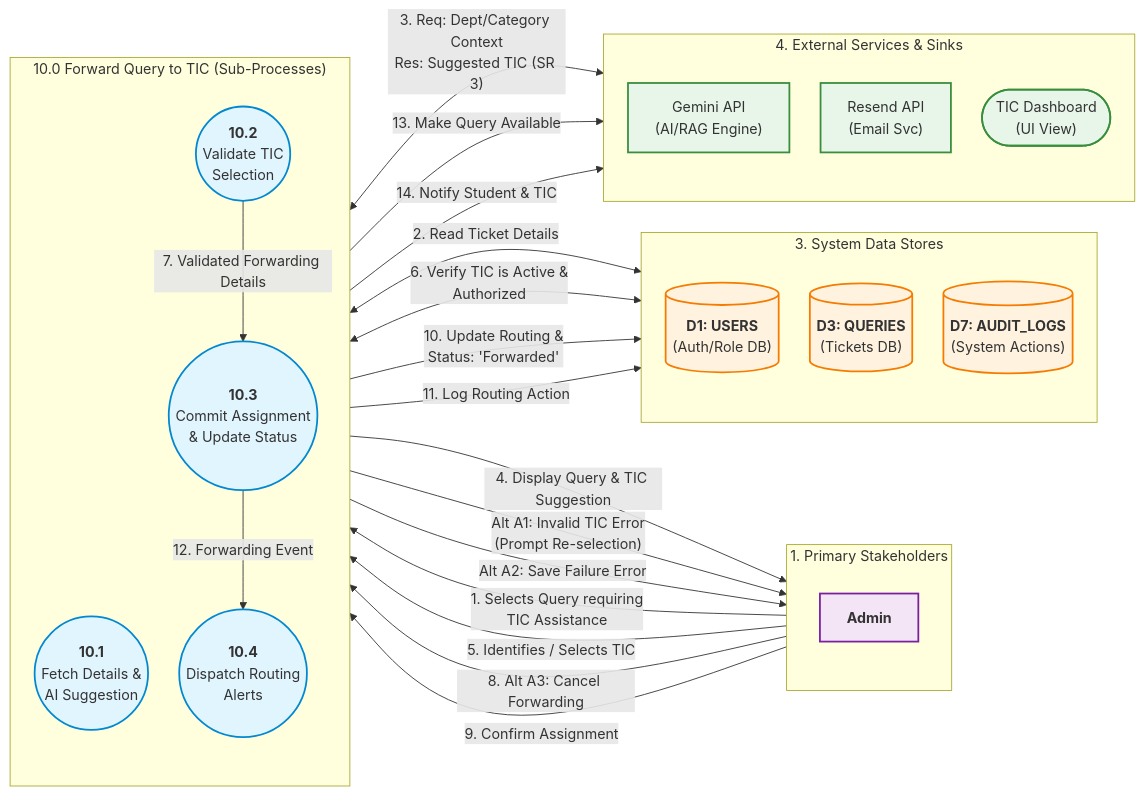
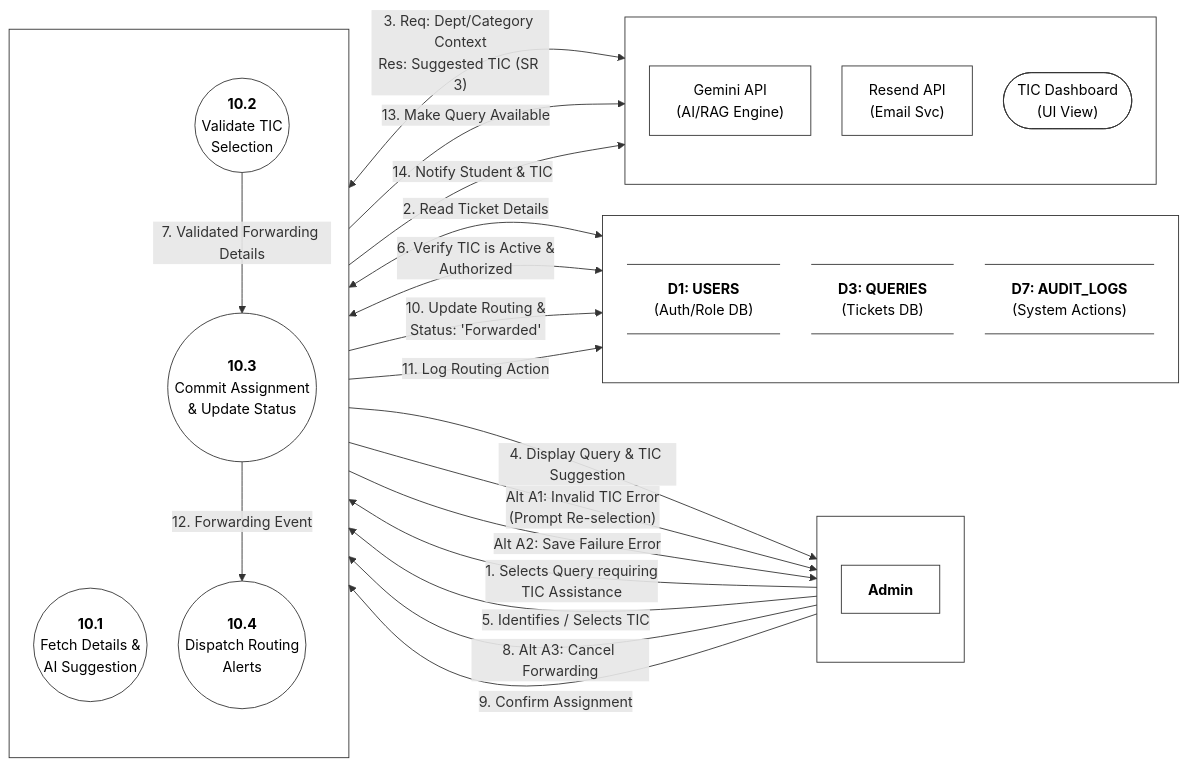
Before and after one commit to aryanhrc3428/Semester-5: the diagram in SE/ideathon/documents/L2-DFD-A03.mmd, drawn with Mermaid. The commit also changed 21 other files, not shown here.

```diff
--- a/SE/ideathon/documents/L2-DFD-A03.mmd
+++ b/SE/ideathon/documents/L2-DFD-A03.mmd
@@ -1,89 +1,94 @@
 %%{init: {
   "flowchart": {
     "htmlLabels": true,
     "nodeSpacing": 35,
     "rankSpacing": 85,
     "padding": 15
   }
 }}%%
 flowchart LR
 
     %% -------------------------------------------------------------
     %% COLUMN 1: ACTORS
     %% -------------------------------------------------------------
-    subgraph Actors ["1. Primary Stakeholders"]
+    subgraph Actors [" "]
         direction TB
         Admin["<b>Admin</b>"]
     end
 
     %% -------------------------------------------------------------
     %% COLUMN 2: SUB-PROCESSES (Decomposition of 10.0)
     %% -------------------------------------------------------------
-    subgraph SubProcesses ["10.0 Forward Query to TIC (Sub-Processes)"]
+    subgraph SubProcesses [" "]
         direction TB
         P10_1(("<b>10.1</b><br/>Fetch Details &<br/>AI Suggestion"))
         P10_2(("<b>10.2</b><br/>Validate TIC<br/>Selection"))
         P10_3(("<b>10.3</b><br/>Commit Assignment<br/>& Update Status"))
         P10_4(("<b>10.4</b><br/>Dispatch Routing<br/>Alerts"))
     end
 
     %% -------------------------------------------------------------
     %% COLUMN 3: DATA STORES
     %% -------------------------------------------------------------
-    subgraph DataStores ["3. System Data Stores"]
+    subgraph DataStores [" "]
         direction TB
-        D1[("<b>D1: USERS</b><br/>(Auth/Role DB)")]
-        D3[("<b>D3: QUERIES</b><br/>(Tickets DB)")]
-        D7[("<b>D7: AUDIT_LOGS</b><br/>(System Actions)")]
+        D1@{ shape: datastore, label: "<b>D1: USERS</b><br/>(Auth/Role DB)" }
+        D3@{ shape: datastore, label: "<b>D3: QUERIES</b><br/>(Tickets DB)" }
+        D7@{ shape: datastore, label: "<b>D7: AUDIT_LOGS</b><br/>(System Actions)" }
     end
 
     %% -------------------------------------------------------------
     %% COLUMN 4: EXTERNAL SERVICES & UI SINKS
     %% -------------------------------------------------------------
-    subgraph ExtServices ["4. External Services & Sinks"]
+    subgraph ExtServices [" "]
         direction TB
         ExtLLM["Gemini API<br/>(AI/RAG Engine)"]
         ExtEmail["Resend API<br/>(Email Svc)"]
         TICDash(["TIC Dashboard<br/>(UI View)"])
     end
 
     %% =============================================================
     %% DATA FLOWS
     %% =============================================================
 
     %% --- 10.1 Fetch & Suggest ---
     Admin -->|"1. Selects Query requiring<br/>TIC Assistance"| P10_1
     P10_1 <-->|"2. Read Ticket Details"| D3
     P10_1 <-->|"3. Req: Dept/Category Context<br/>Res: Suggested TIC (SR 3)"| ExtLLM
     P10_1 -->|"4. Display Query & TIC Suggestion"| Admin
     
     %% --- 10.2 Validate TIC ---
     Admin -->|"5. Identifies / Selects TIC"| P10_2
     P10_2 <-->|"6. Verify TIC is Active &<br/>Authorized"| D1
     P10_2 -->|"Alt A1: Invalid TIC Error<br/>(Prompt Re-selection)"| Admin
     
     %% --- 10.3 Commit Assignment ---
     P10_2 -->|"7. Validated Forwarding Details"| P10_3
     Admin -->|"8. Alt A3: Cancel Forwarding"| P10_3
     Admin -->|"9. Confirm Assignment"| P10_3
     P10_3 -->|"10. Update Routing &<br/>Status: 'Forwarded'"| D3
     P10_3 -->|"Alt A2: Save Failure Error"| Admin
     P10_3 -->|"11. Log Routing Action"| D7
     
     %% --- 10.4 Dispatch Alerts ---
     P10_3 -->|"12. Forwarding Event"| P10_4
     P10_4 -->|"13. Make Query Available"| TICDash
     P10_4 -->|"14. Notify Student & TIC"| ExtEmail
 
     %% -------------------------------------------------------------
     %% STYLING
     %% -------------------------------------------------------------
-    classDef processStyle fill:#e1f5fe,stroke:#0288d1,stroke-width:2px;
-    classDef storeStyle fill:#fff3e0,stroke:#f57c00,stroke-width:2px;
-    classDef actorStyle fill:#f3e5f5,stroke:#7b1fa2,stroke-width:2px;
-    classDef extStyle fill:#e8f5e9,stroke:#388e3c,stroke-width:2px;
+    classDef processStyle fill:#fff,stroke:#333,stroke-width:1px,color:#000
+    classDef storeStyle fill:#fff,stroke:#333,stroke-width:1px,color:#000
+    classDef actorStyle fill:#fff,stroke:#333,stroke-width:1px,color:#000
+    classDef extStyle fill:#fff,stroke:#333,stroke-width:1px,color:#000
 
     class P10_1,P10_2,P10_3,P10_4 processStyle;
     class D1,D3,D7 storeStyle;
     class Admin actorStyle;
     class ExtLLM,ExtEmail,TICDash extStyle;
+
+    style Actors fill:none,stroke:#333,stroke-width:1px
+    style SubProcesses fill:none,stroke:#333,stroke-width:1px
+    style DataStores fill:none,stroke:#333,stroke-width:1px
+    style ExtServices fill:none,stroke:#333,stroke-width:1px
```
